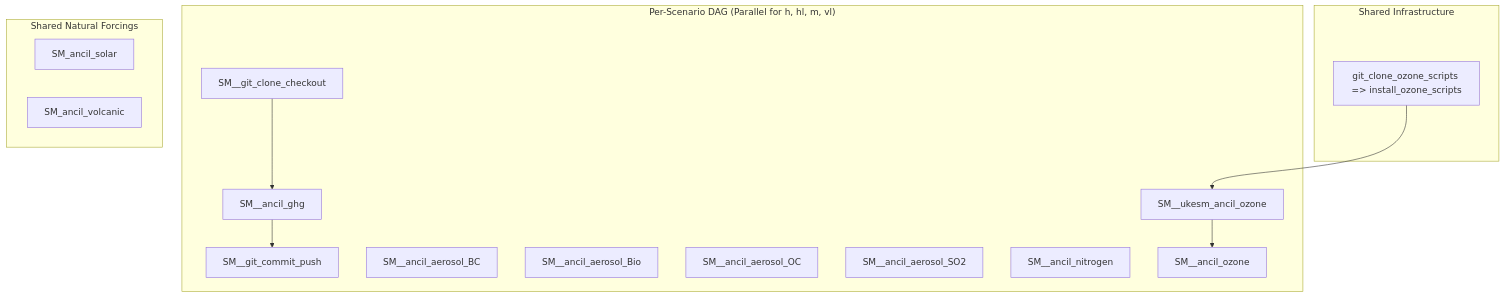
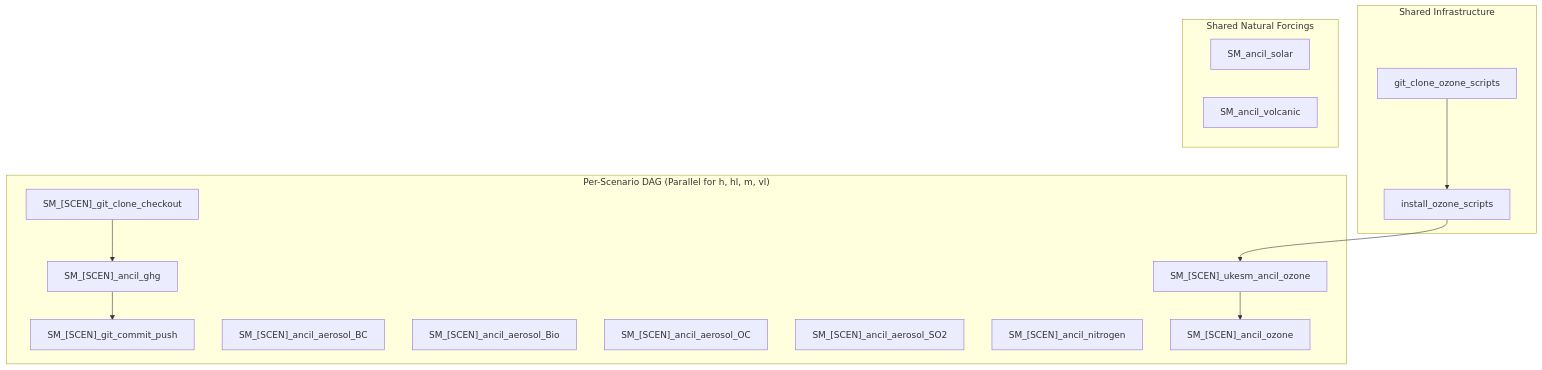
One commit to ACCESS-NRI/CMIP7-Input changed the diagram in documentation/docs/pages/experiments/scenariomip.md. Above: the diagram before and after it, drawn with Mermaid. The commit also changed other lines of this file and 19 other files, not shown here.

Commit message:
Fixed markdown formatting and mermaid rendering

````diff
--- a/documentation/docs/pages/experiments/scenariomip.md
+++ b/documentation/docs/pages/experiments/scenariomip.md
@@ -69,23 +70,23 @@
 ```mermaid
 graph TD
     subgraph SharedSetup["Shared Infrastructure"]
-        O3Tool["git_clone_ozone_scripts => install_ozone_scripts"]
+        O3Clone["git_clone_ozone_scripts"] --> O3Install["install_ozone_scripts"]
     end
 
     subgraph PerScenario["Per-Scenario DAG (Parallel for h, hl, m, vl)"]
-        Clone["SM_<SCEN>_git_clone_checkout"] --> GHG["SM_<SCEN>_ancil_ghg"] --> Commit["SM_<SCEN>_git_commit_push"]
-        BC["SM_<SCEN>_ancil_aerosol_BC"]
-        Bio["SM_<SCEN>_ancil_aerosol_Bio"]
-        OC["SM_<SCEN>_ancil_aerosol_OC"]
-        SO2["SM_<SCEN>_ancil_aerosol_SO2"]
-        Ndep["SM_<SCEN>_ancil_nitrogen"]
-        O3_1["SM_<SCEN>_ukesm_ancil_ozone"] --> O3_2["SM_<SCEN>_ancil_ozone"]
+        Clone["SM_[SCEN]_git_clone_checkout"] --> GHG["SM_[SCEN]_ancil_ghg"] --> Commit["SM_[SCEN]_git_commit_push"]
+        BC["SM_[SCEN]_ancil_aerosol_BC"]
+        Bio["SM_[SCEN]_ancil_aerosol_Bio"]
+        OC["SM_[SCEN]_ancil_aerosol_OC"]
+        SO2["SM_[SCEN]_ancil_aerosol_SO2"]
+        Ndep["SM_[SCEN]_ancil_nitrogen"]
+        O3_1["SM_[SCEN]_ukesm_ancil_ozone"] --> O3_2["SM_[SCEN]_ancil_ozone"]
     end
 
     subgraph SharedForcing["Shared Natural Forcings"]
         Solar["SM_ancil_solar"]
         Volc["SM_ancil_volcanic"]
     end
 
-    O3Tool --> O3_1
+    O3Install --> O3_1
 ```
````
